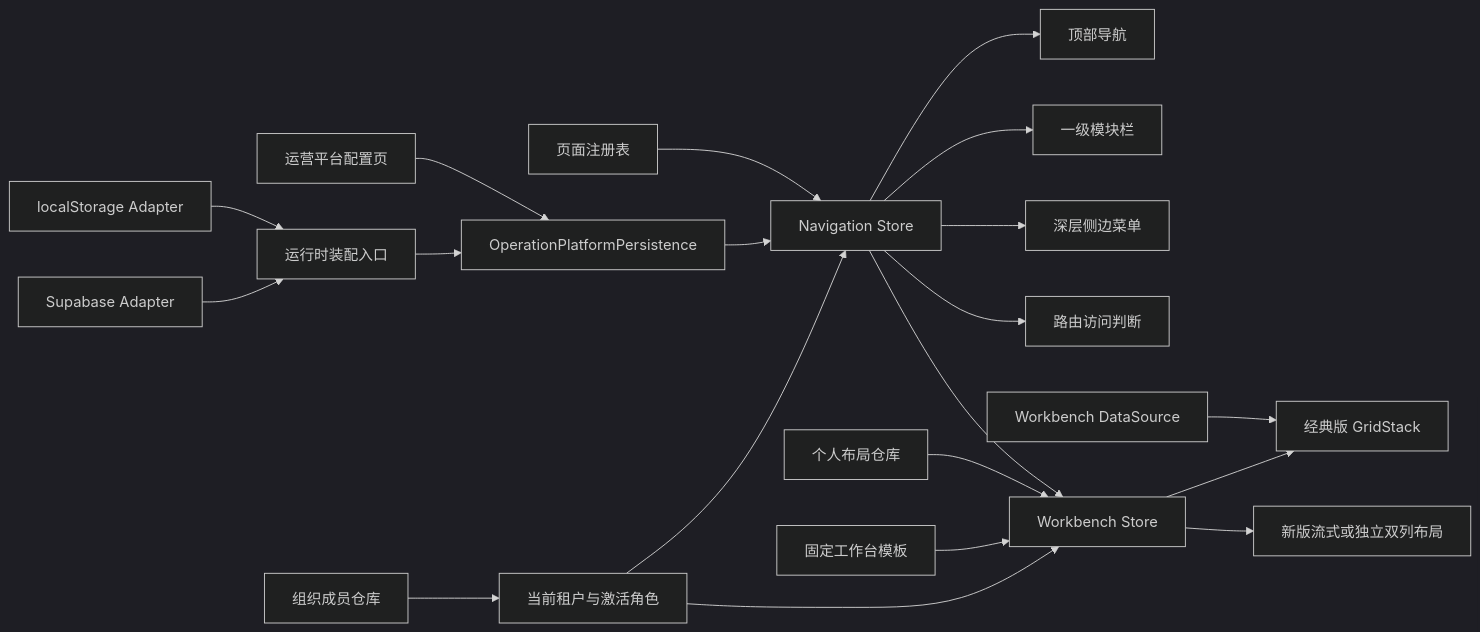
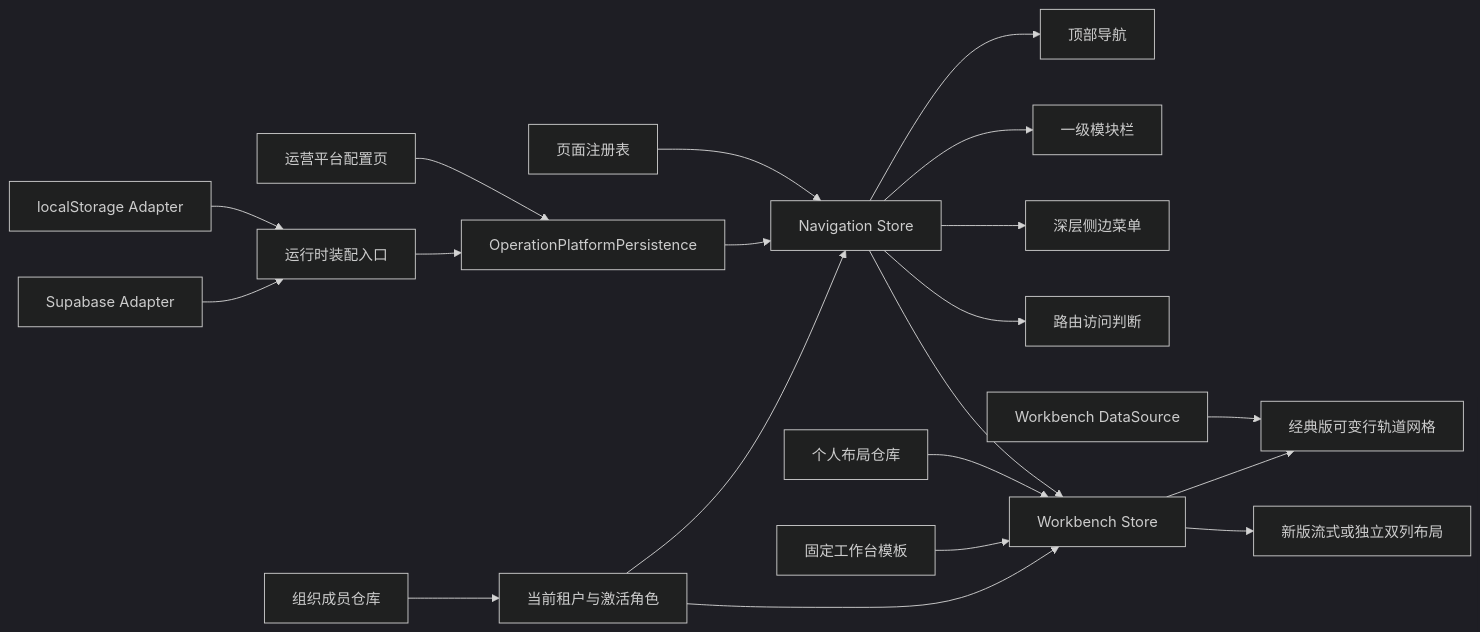
Before and after one commit to xiao-user/Operation-Platform: the diagram in README.md, drawn with Mermaid (dark theme). The commit also changed other lines of this file and 13 other files, not shown here.

````diff
--- a/README.md
+++ b/README.md
@@ -184,22 +183,22 @@
 ```mermaid
 flowchart LR
     A[当前租户与激活角色] --> B[Navigation Store]
     C[OperationPlatformPersistence] --> B
     Q[运行时装配入口] --> C
     R[Supabase Adapter] --> Q
     S[localStorage Adapter] --> Q
     D[组织成员仓库] --> A
     F[页面注册表] --> B
     B --> G[顶部导航]
     B --> H[一级模块栏]
     B --> I[深层侧边菜单]
     B --> J[路由访问判断]
     K[运营平台配置页] --> C
     A --> L[Workbench Store]
     M[固定工作台模板] --> L
     N[个人布局仓库] --> L
     B --> L
-    L --> O[经典版 GridStack]
+    L --> O[经典版可变行轨道网格]
     L --> T[新版流式或独立双列布局]
     P[Workbench DataSource] --> O
 ```
````
